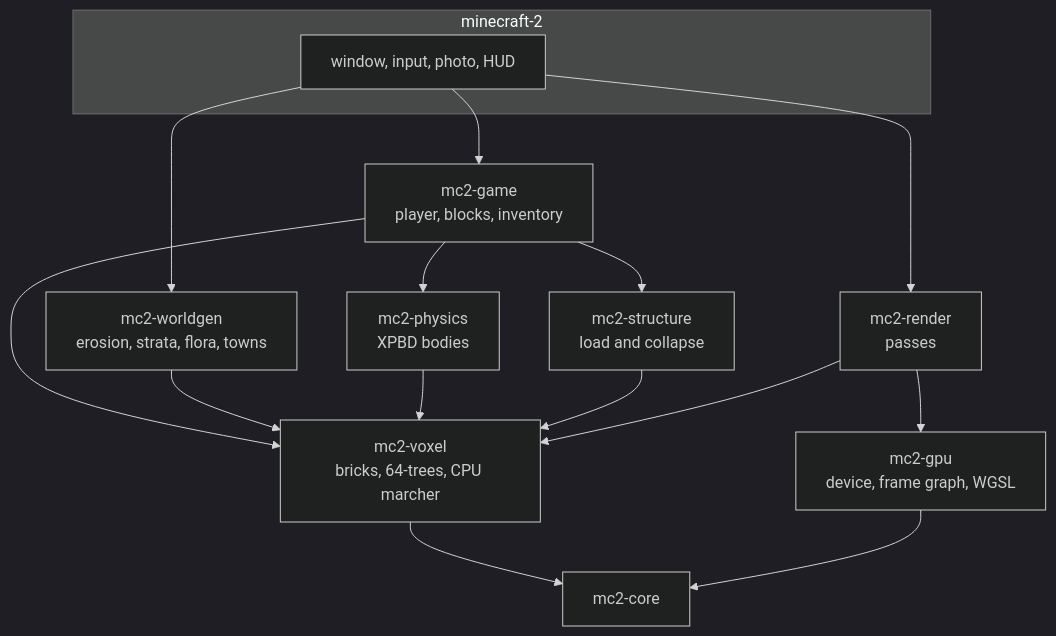
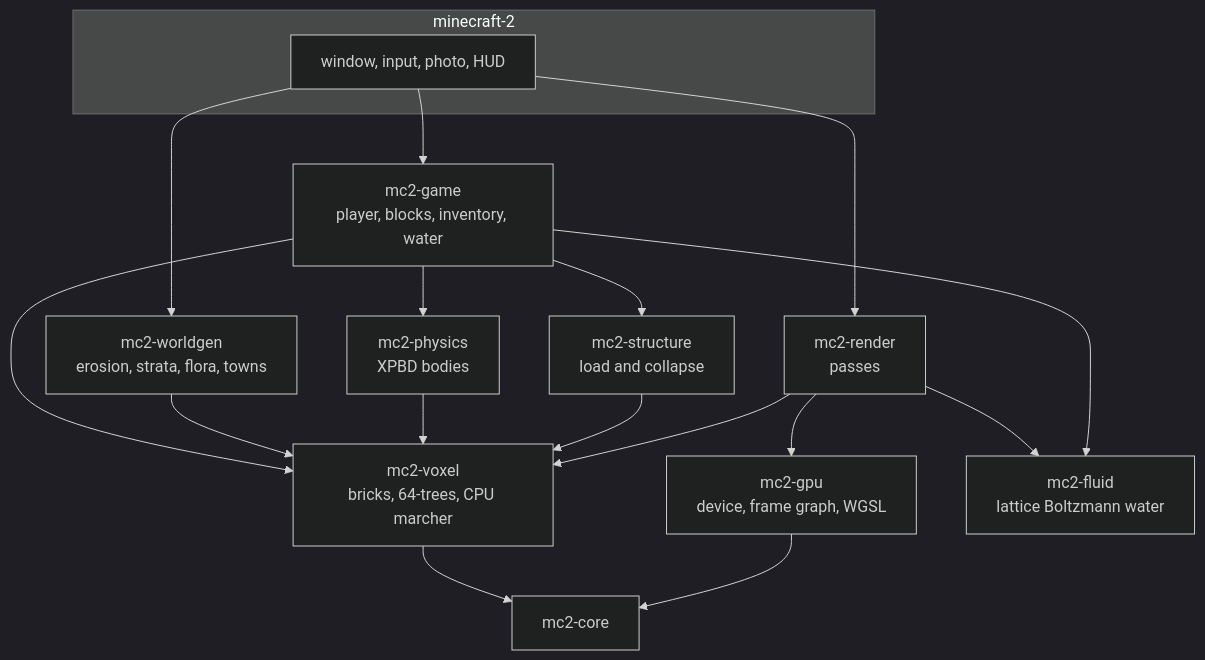
The diagram in docs/architecture.md (Anandb71/minecraft-2), drawn with Mermaid (dark theme) before and after one commit. The commit also changed other lines of this file and 5 other files, not shown here.

First line of the commit message:
docs: step 11, water: the lattice, the GPU, the world, the sea

````diff
--- a/docs/architecture.md
+++ b/docs/architecture.md
@@ -13,19 +13,21 @@
 ```mermaid
 flowchart TB
   subgraph app ["minecraft-2"]
     window["window, input, photo, HUD"]
   end
   window --> game
   window --> render
   window --> worldgen
-  game["mc2-game<br/>player, blocks, inventory"] --> voxel
+  game["mc2-game<br/>player, blocks, inventory, water"] --> voxel
   game --> physics
   game --> structure
   worldgen["mc2-worldgen<br/>erosion, strata, flora, towns"] --> voxel
   physics["mc2-physics<br/>XPBD bodies"] --> voxel
   structure["mc2-structure<br/>load and collapse"] --> voxel
   render["mc2-render<br/>passes"] --> voxel
   render --> gpu
+  render --> fluid["mc2-fluid<br/>lattice Boltzmann water"]
+  game --> fluid
   voxel["mc2-voxel<br/>bricks, 64-trees, CPU marcher"] --> core
   gpu["mc2-gpu<br/>device, frame graph, WGSL"] --> core["mc2-core"]
 ```
````
